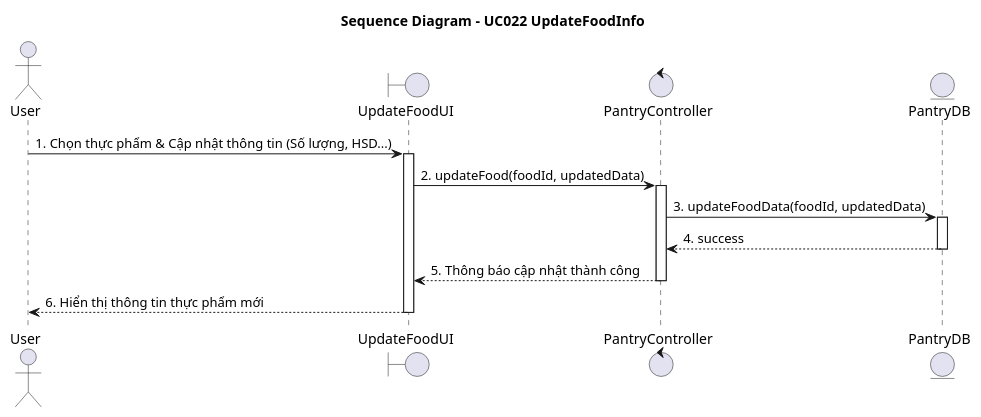
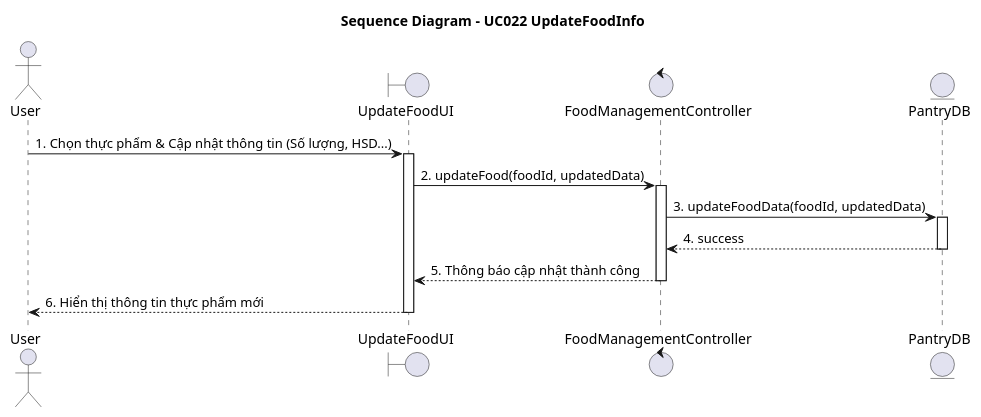
The diagram in diagrams/Module_4_Pantry/UC022_Cập_nhật_thông_tin_thực_phẩm_Sequence.puml (Alt2210/NaviMart), drawn with PlantUML before and after one commit. The commit also changed 113 other files, not shown here.

```diff
--- a/diagrams/Module_4_Pantry/UC022_Cập_nhật_thông_tin_thực_phẩm_Sequence.puml
+++ b/diagrams/Module_4_Pantry/UC022_Cập_nhật_thông_tin_thực_phẩm_Sequence.puml
@@ -1,21 +1,21 @@
 @startuml
 title Sequence Diagram - UC022 UpdateFoodInfo
 
 actor "User" as Actor
 boundary "UpdateFoodUI" as UI
-control "PantryController" as Controller
+control "FoodManagementController" as Controller
 entity "PantryDB" as Entity
 
 Actor -> UI : 1. Chọn thực phẩm & Cập nhật thông tin (Số lượng, HSD...)
 activate UI
 UI -> Controller : 2. updateFood(foodId, updatedData)
 activate Controller
 Controller -> Entity : 3. updateFoodData(foodId, updatedData)
 activate Entity
 Entity --> Controller : 4. success
 deactivate Entity
 Controller --> UI : 5. Thông báo cập nhật thành công
 deactivate Controller
 UI --> Actor : 6. Hiển thị thông tin thực phẩm mới
 deactivate UI
 @enduml
```
